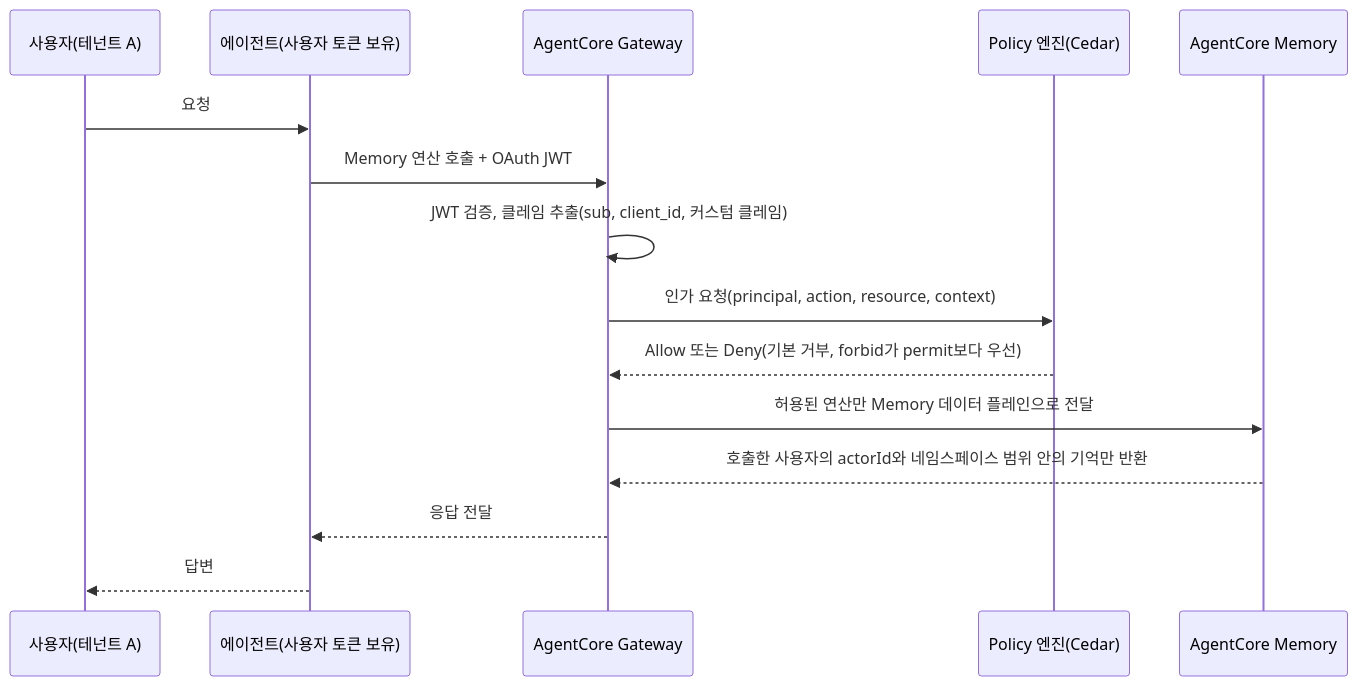
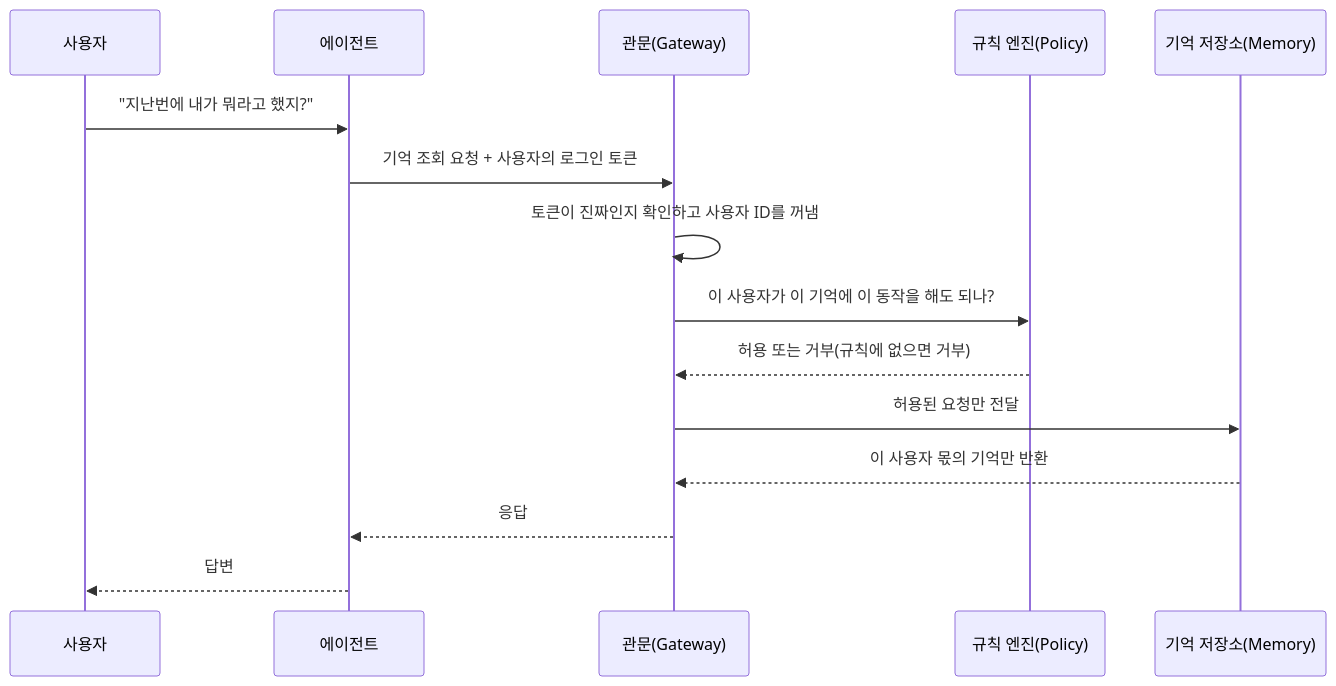
One commit to dotoryeee/blog changed the diagram in docs/posts/AI/agentcore_governance.md. Above: the diagram before and after it, drawn with Mermaid. The commit also changed other lines of this file, not shown here.

````diff
--- a/docs/posts/AI/agentcore_governance.md
+++ b/docs/posts/AI/agentcore_governance.md
@@ -56,17 +56,17 @@
 ```mermaid
 sequenceDiagram
-    participant U as 사용자(테넌트 A)
-    participant A as 에이전트(사용자 토큰 보유)
-    participant G as AgentCore Gateway
-    participant P as Policy 엔진(Cedar)
-    participant M as AgentCore Memory
-    U->>A: 요청
-    A->>G: Memory 연산 호출 + OAuth JWT
-    G->>G: JWT 검증, 클레임 추출(sub, client_id, 커스텀 클레임)
-    G->>P: 인가 요청(principal, action, resource, context)
-    P-->>G: Allow 또는 Deny(기본 거부, forbid가 permit보다 우선)
-    G->>M: 허용된 연산만 Memory 데이터 플레인으로 전달
-    M-->>G: 호출한 사용자의 actorId와 네임스페이스 범위 안의 기억만 반환
-    G-->>A: 응답 전달
+    participant U as 사용자
+    participant A as 에이전트
+    participant G as 관문(Gateway)
+    participant P as 규칙 엔진(Policy)
+    participant M as 기억 저장소(Memory)
+    U->>A: "지난번에 내가 뭐라고 했지?"
+    A->>G: 기억 조회 요청 + 사용자의 로그인 토큰
+    G->>G: 토큰이 진짜인지 확인하고 사용자 ID를 꺼냄
+    G->>P: 이 사용자가 이 기억에 이 동작을 해도 되나?
+    P-->>G: 허용 또는 거부(규칙에 없으면 거부)
+    G->>M: 허용된 요청만 전달
+    M-->>G: 이 사용자 몫의 기억만 반환
+    G-->>A: 응답
     A-->>U: 답변
 ```
````
